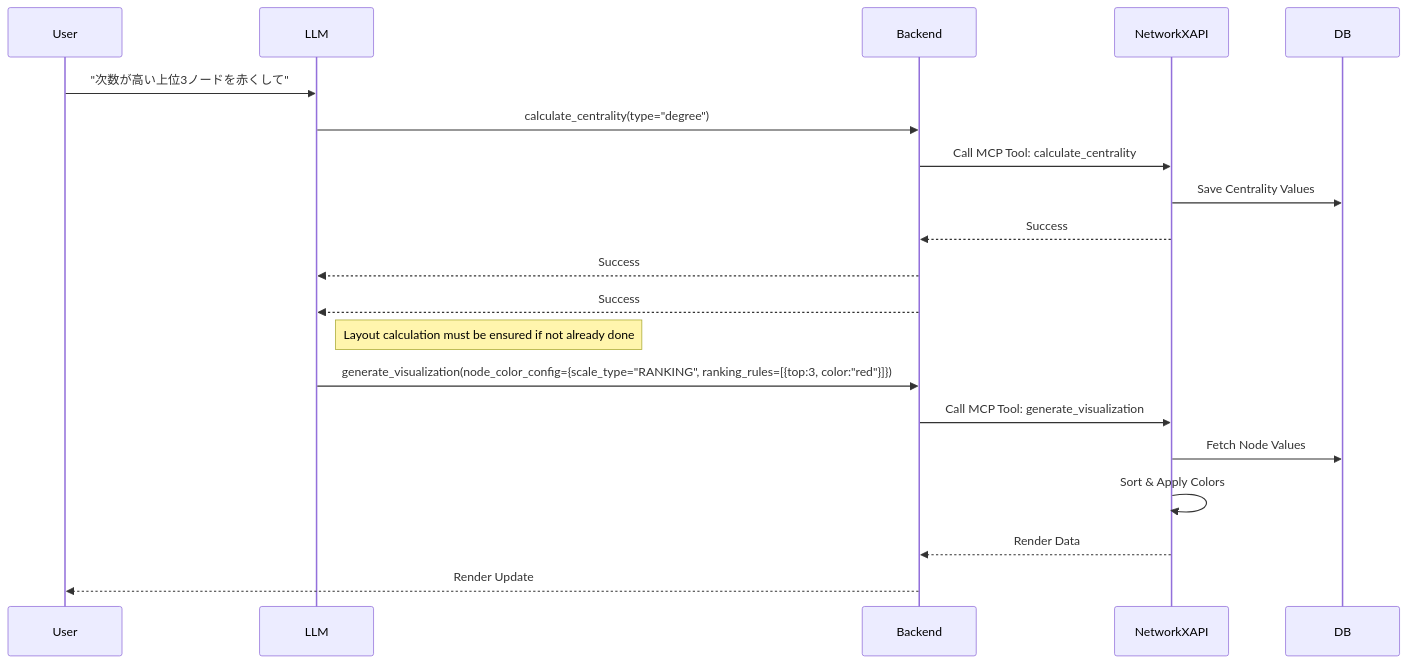
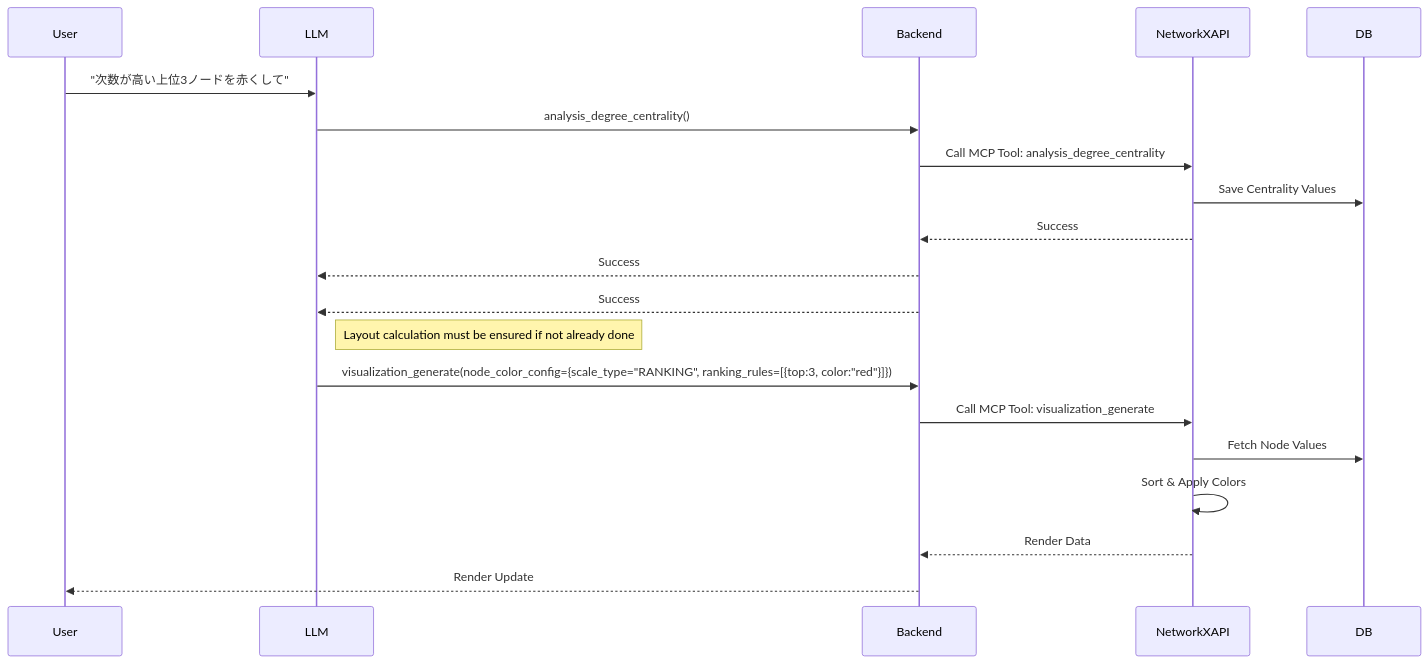
Before and after one commit to vdslab/LLMGraphvis: the sixth of 13 diagrams in specification/2_Technical_Details/6_Core_Workflows.md, drawn with Mermaid. The commit also changed other lines of this file and 12 other files, not shown here.

````diff
--- a/specification/2_Technical_Details/6_Core_Workflows.md
+++ b/specification/2_Technical_Details/6_Core_Workflows.md
@@ -290,25 +300,25 @@
 ```mermaid
 sequenceDiagram
     participant User
     participant LLM
     participant Backend
     participant NetworkXAPI
     participant DB
 
     User->>LLM: "次数が高い上位3ノードを赤くして"
-    LLM->>Backend: calculate_centrality(type="degree")
-    Backend->>NetworkXAPI: Call MCP Tool: calculate_centrality
+    LLM->>Backend: analysis_degree_centrality()
+    Backend->>NetworkXAPI: Call MCP Tool: analysis_degree_centrality
     NetworkXAPI->>DB: Save Centrality Values
     NetworkXAPI-->>Backend: Success
     Backend-->>LLM: Success
 
     Backend-->>LLM: Success
 
     note right of LLM: Layout calculation must be ensured if not already done
-    LLM->>Backend: generate_visualization(node_color_config={scale_type="RANKING", ranking_rules=[{top:3, color:"red"}]})
-    Backend->>NetworkXAPI: Call MCP Tool: generate_visualization
+    LLM->>Backend: visualization_generate(node_color_config={scale_type="RANKING", ranking_rules=[{top:3, color:"red"}]})
+    Backend->>NetworkXAPI: Call MCP Tool: visualization_generate
     NetworkXAPI->>DB: Fetch Node Values
     NetworkXAPI->>NetworkXAPI: Sort & Apply Colors
     NetworkXAPI-->>Backend: Render Data
     Backend-->>User: Render Update
 ```
````
